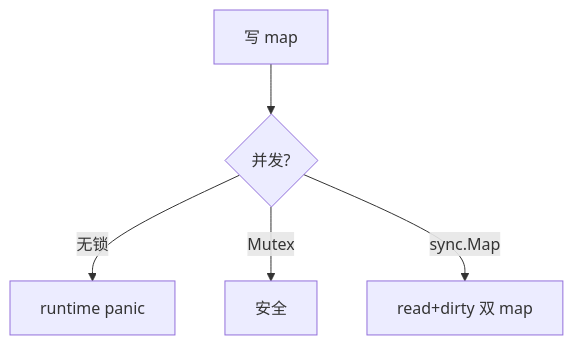
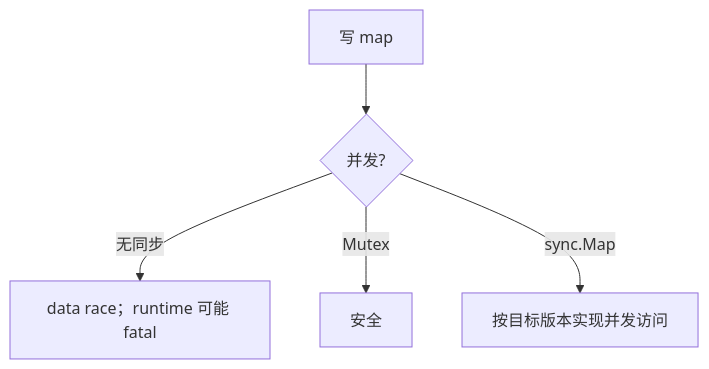
Before and after one commit to twodog-tt/Golang-development-manual: the diagram in docs/interview/02-memory-gc/S-MEM-06-map-internals.md, drawn with Mermaid. The commit also changed other lines of this file and 438 other files, not shown here.

````diff
--- a/docs/interview/02-memory-gc/S-MEM-06-map-internals.md
+++ b/docs/interview/02-memory-gc/S-MEM-06-map-internals.md
@@ -43,7 +55,7 @@
 ```mermaid
 flowchart TB
   Write[写 map] --> Lock{并发?}
-  Lock -->|无锁| Panic[runtime panic]
+  Lock -->|无同步| Race[data race；runtime 可能 fatal]
   Lock -->|Mutex| Safe[安全]
-  Lock -->|sync.Map| CAS[read+dirty 双 map]
+  Lock -->|sync.Map| CAS[按目标版本实现并发访问]
 ```
````
